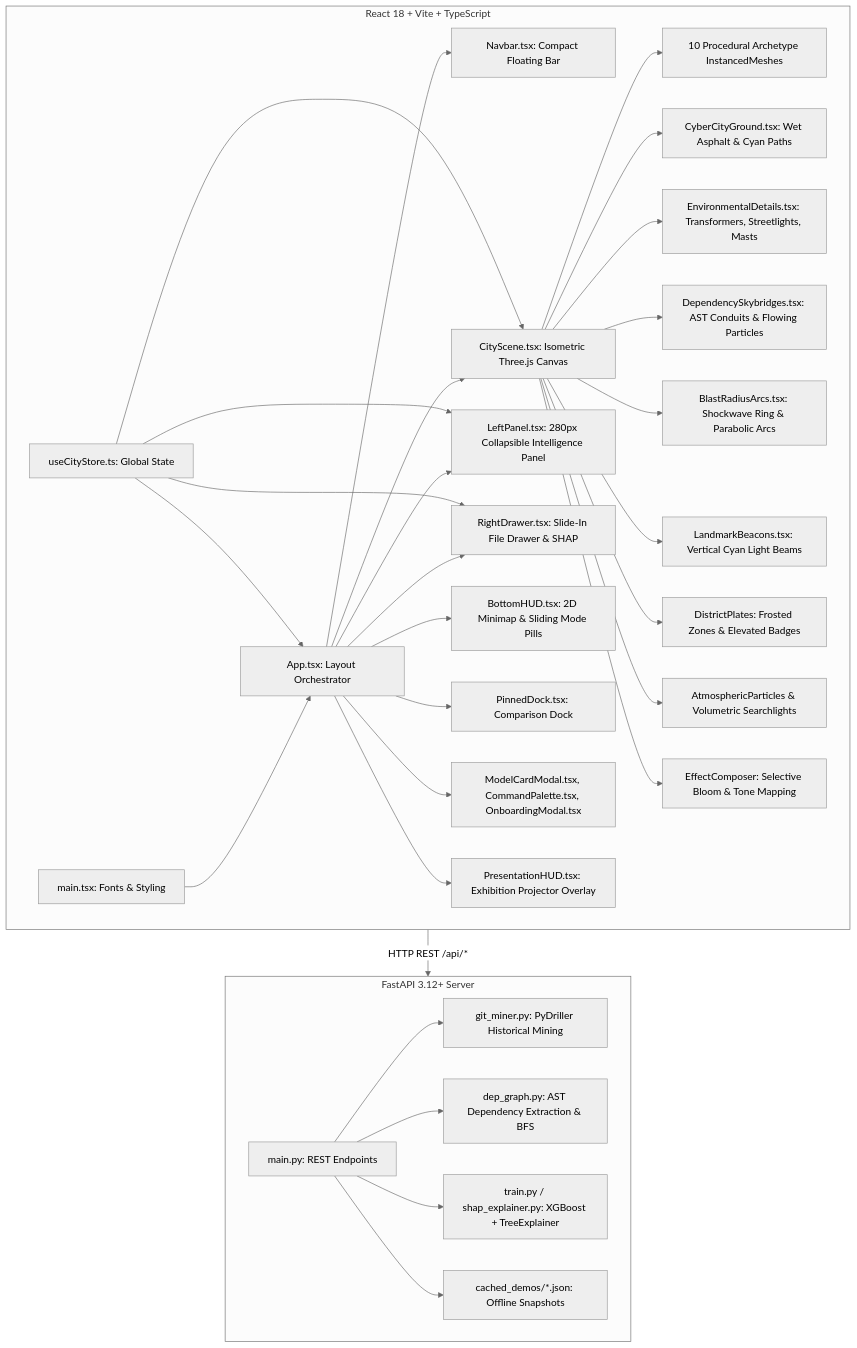
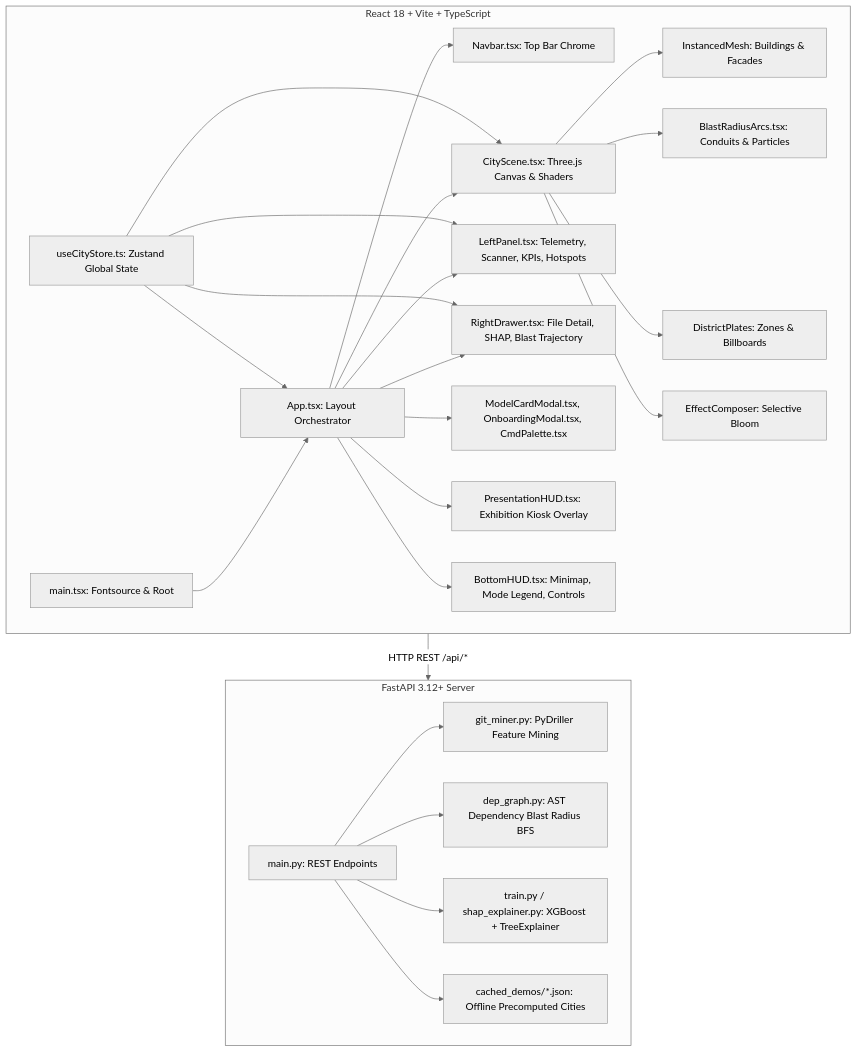
One commit to atharvmaheshagowda/CodeCity-AI changed the diagram in REDESIGN_PLAN.md. Above: the diagram before and after it, drawn with Mermaid (neutral theme). The commit also changed other lines of this file and 46 other files, not shown here.

````diff
--- a/REDESIGN_PLAN.md
+++ b/REDESIGN_PLAN.md
@@ -7,38 +11,32 @@
 ```mermaid
 graph TD
     subgraph Frontend [React 18 + Vite + TypeScript]
-        Main[main.tsx: Fonts & Styling] --> App[App.tsx: Layout Orchestrator]
-        App --> Nav[Navbar.tsx: Compact Floating Bar]
-        App --> Canvas3D[CityScene.tsx: Isometric Three.js Canvas]
-        Canvas3D --> InstMetropolis[10 Procedural Archetype InstancedMeshes]
-        Canvas3D --> Ground[CyberCityGround.tsx: Wet Asphalt & Cyan Paths]
-        Canvas3D --> EnvDetails[EnvironmentalDetails.tsx: Transformers, Streetlights, Masts]
-        Canvas3D --> Skybridges[DependencySkybridges.tsx: AST Conduits & Flowing Particles]
-        Canvas3D --> BlastArcs[BlastRadiusArcs.tsx: Shockwave Ring & Parabolic Arcs]
-        Canvas3D --> Beacons[LandmarkBeacons.tsx: Vertical Cyan Light Beams]
-        Canvas3D --> Districts[DistrictPlates: Frosted Zones & Elevated Badges]
-        Canvas3D --> Atmosphere[AtmosphericParticles & Volumetric Searchlights]
-        Canvas3D --> PostProc[EffectComposer: Selective Bloom & Tone Mapping]
-        App --> Left[LeftPanel.tsx: 280px Collapsible Intelligence Panel]
-        App --> Right[RightDrawer.tsx: Slide-In File Drawer & SHAP]
-        App --> BottomHUD[BottomHUD.tsx: 2D Minimap & Sliding Mode Pills]
-        App --> PinnedDock[PinnedDock.tsx: Comparison Dock]
-        App --> Modals[ModelCardModal.tsx, CommandPalette.tsx, OnboardingModal.tsx]
-        App --> PresHUD[PresentationHUD.tsx: Exhibition Projector Overlay]
+        Main[main.tsx: Fontsource & Root] --> App[App.tsx: Layout Orchestrator]
+        App --> Nav[Navbar.tsx: Top Bar Chrome]
+        App --> Canvas3D[CityScene.tsx: Three.js Canvas & Shaders]
+        Canvas3D --> InstMesh[InstancedMesh: Buildings & Facades]
+        Canvas3D --> BlastArcs[BlastRadiusArcs.tsx: Conduits & Particles]
+        Canvas3D --> Districts[DistrictPlates: Zones & Billboards]
+        Canvas3D --> PostProc[EffectComposer: Selective Bloom]
+        App --> Left[LeftPanel.tsx: Telemetry, Scanner, KPIs, Hotspots]
+        App --> Right[RightDrawer.tsx: File Detail, SHAP, Blast Trajectory]
+        App --> Modals[ModelCardModal.tsx, OnboardingModal.tsx, CmdPalette.tsx]
+        App --> PresHUD[PresentationHUD.tsx: Exhibition Kiosk Overlay]
+        App --> BottomHUD[BottomHUD.tsx: Minimap, Mode Legend, Controls]
         
-        Store[useCityStore.ts: Global State] --> App
+        Store[useCityStore.ts: Zustand Global State] --> App
         Store --> Canvas3D
         Store --> Left
         Store --> Right
     end
 
     subgraph Backend [FastAPI 3.12+ Server]
         API[main.py: REST Endpoints]
-        API --> Mining[git_miner.py: PyDriller Historical Mining]
-        API --> Graph[dep_graph.py: AST Dependency Extraction & BFS]
+        API --> Mining[git_miner.py: PyDriller Feature Mining]
+        API --> Graph[dep_graph.py: AST Dependency Blast Radius BFS]
         API --> ML[train.py / shap_explainer.py: XGBoost + TreeExplainer]
-        API --> Cache[cached_demos/*.json: Offline Snapshots]
+        API --> Cache[cached_demos/*.json: Offline Precomputed Cities]
     end
 
     Frontend -->|HTTP REST /api/*| Backend
 ```
````
